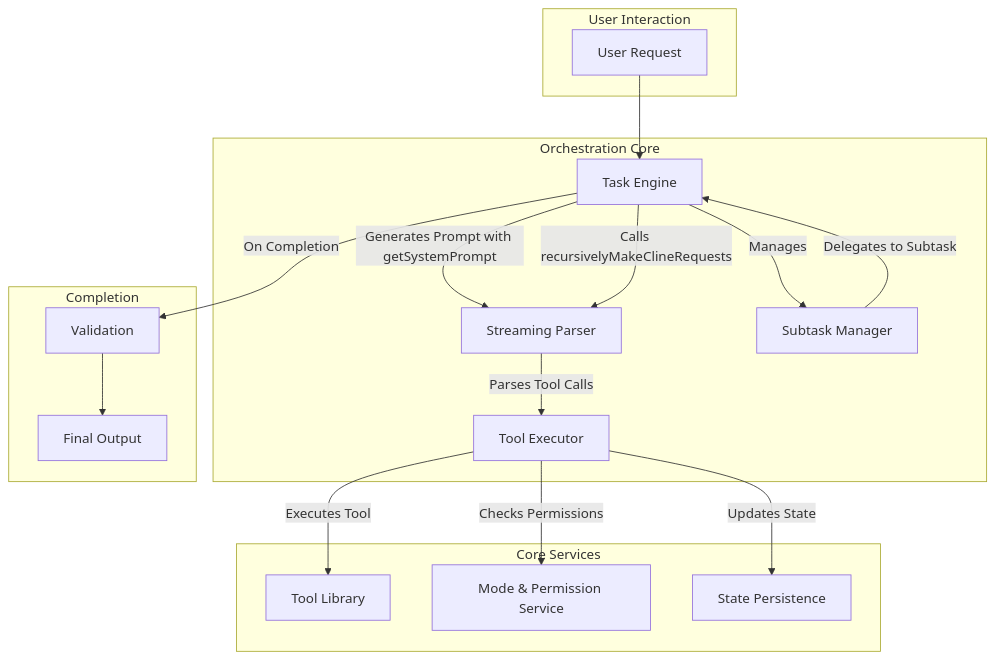
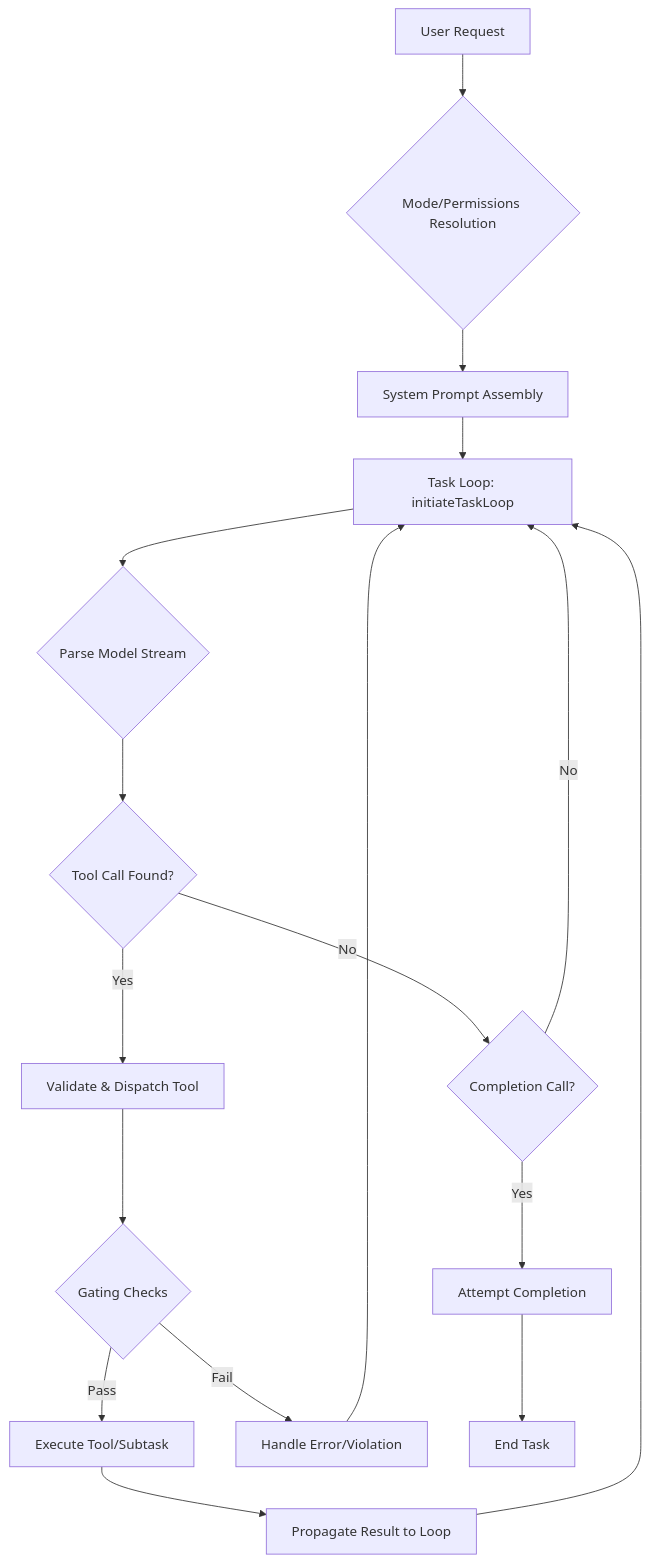
The diagram in docs/ORCHESTRATOR_INDEX.md (mschulkind/kilocode), drawn with Mermaid before and after one commit. The commit also changed other lines of this file, not shown here.

````diff
--- a/docs/ORCHESTRATOR_INDEX.md
+++ b/docs/ORCHESTRATOR_INDEX.md
@@ -84,36 +107,19 @@
 ```mermaid
 flowchart TD
-    subgraph "User Interaction"
-        A[User Request]
-    end
-
-    subgraph "Orchestration Core"
-        B[Task Engine]
-        C[Streaming Parser]
-        D[Tool Executor]
-        E[Subtask Manager]
-    end
-
-    subgraph "Core Services"
-        F[Tool Library]
-        G[Mode & Permission Service]
-        H[State Persistence]
-    end
-
-    subgraph "Completion"
-        I[Validation]
-        J[Final Output]
-    end
-
-    A --> B;
-    B -- Manages --> E;
-    B -- "Generates Prompt with getSystemPrompt" --> C;
-    C -- "Parses Tool Calls" --> D;
-    D -- "Executes Tool" --> F;
-    D -- "Checks Permissions" --> G;
-    E -- "Delegates to Subtask" --> B;
-    D -- "Updates State" --> H;
-    B -- "Calls recursivelyMakeClineRequests" --> C;
-    B -- "On Completion" --> I;
-    I --> J;
+    A[User Request] --> B{Mode/Permissions Resolution};
+    B --> C[System Prompt Assembly];
+    C --> D[Task Loop: initiateTaskLoop];
+    D --> E{Parse Model Stream};
+    E --> F{Tool Call Found?};
+    F -- Yes --> G[Validate & Dispatch Tool];
+    G --> H{Gating Checks};
+    H -- Pass --> I[Execute Tool/Subtask];
+    I --> J[Propagate Result to Loop];
+    J --> D;
+    H -- Fail --> K[Handle Error/Violation];
+    K --> D;
+    F -- No --> L{Completion Call?};
+    L -- Yes --> M[Attempt Completion];
+    M --> N[End Task];
+    L -- No --> D;
 ```
````
